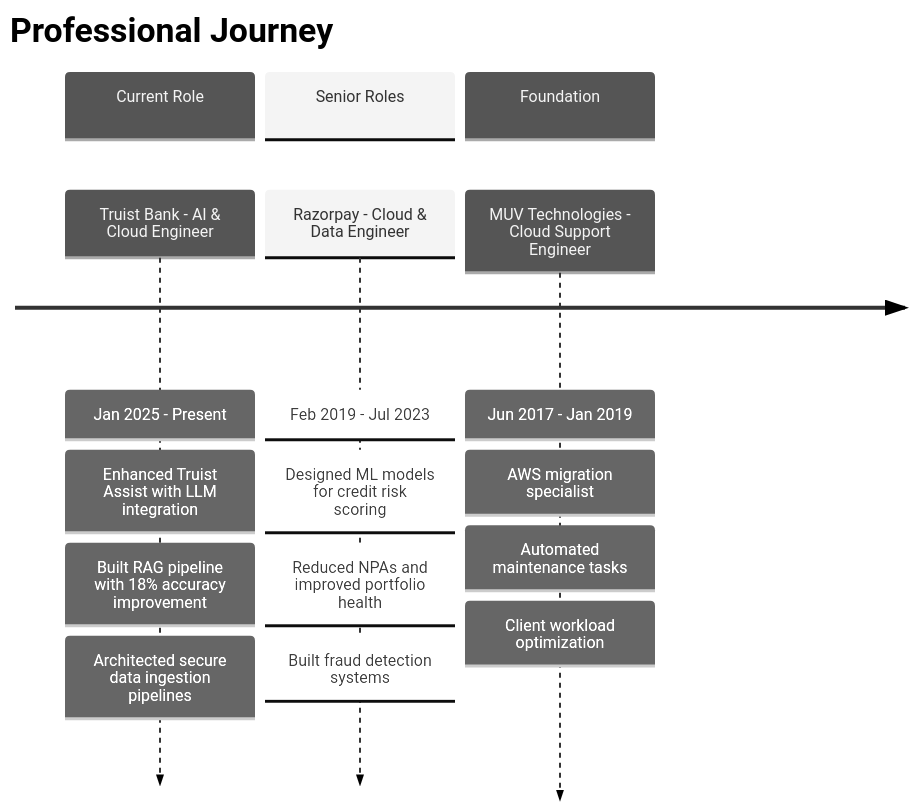
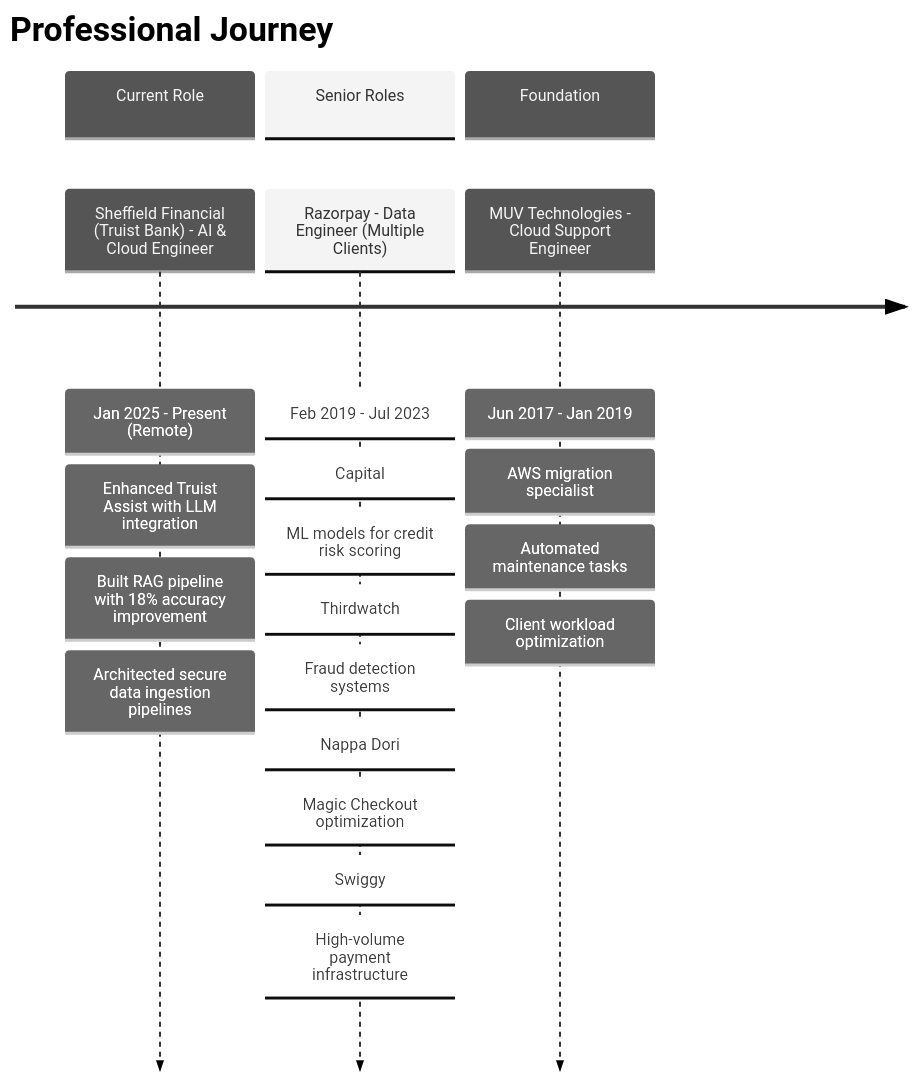
Before and after one commit to Ravitejas1596/Ravitejas1596: the sixth of 6 diagrams in README.md, drawn with Mermaid (neutral theme). The commit also changed other lines of this file, not shown here.

````diff
--- a/README.md
+++ b/README.md
@@ -305,25 +320,26 @@
 ```mermaid
 timeline
     title Professional Journey
     
     section Current Role
-        Truist Bank - AI & Cloud Engineer
-        : Jan 2025 - Present
+        Sheffield Financial (Truist Bank) - AI & Cloud Engineer
+        : Jan 2025 - Present (Remote)
         : Enhanced Truist Assist with LLM integration
         : Built RAG pipeline with 18% accuracy improvement
         : Architected secure data ingestion pipelines
         
     section Senior Roles  
-        Razorpay - Cloud & Data Engineer
+        Razorpay - Data Engineer (Multiple Clients)
         : Feb 2019 - Jul 2023
-        : Designed ML models for credit risk scoring
-        : Reduced NPAs and improved portfolio health
-        : Built fraud detection systems
+        : Capital: ML models for credit risk scoring
+        : Thirdwatch: Fraud detection systems
+        : Nappa Dori: Magic Checkout optimization
+        : Swiggy: High-volume payment infrastructure
         
     section Foundation
         MUV Technologies - Cloud Support Engineer
         : Jun 2017 - Jan 2019
         : AWS migration specialist
         : Automated maintenance tasks
         : Client workload optimization
 ```
````
